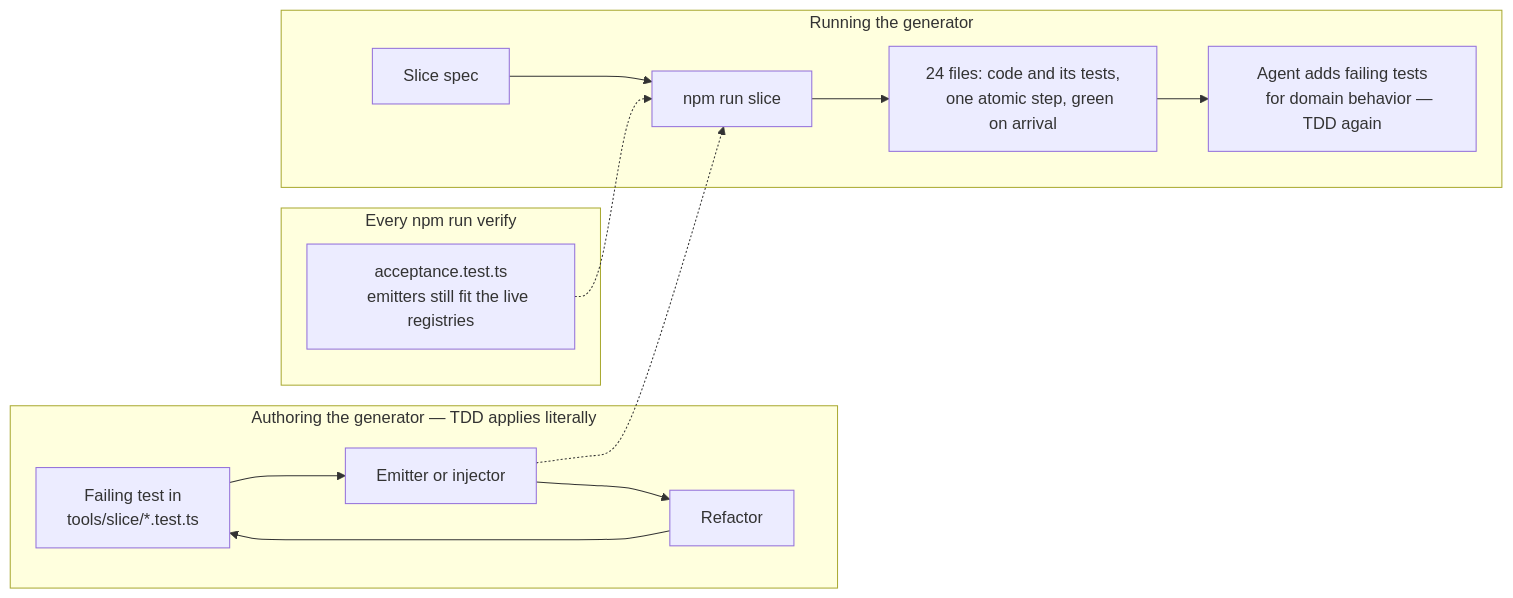
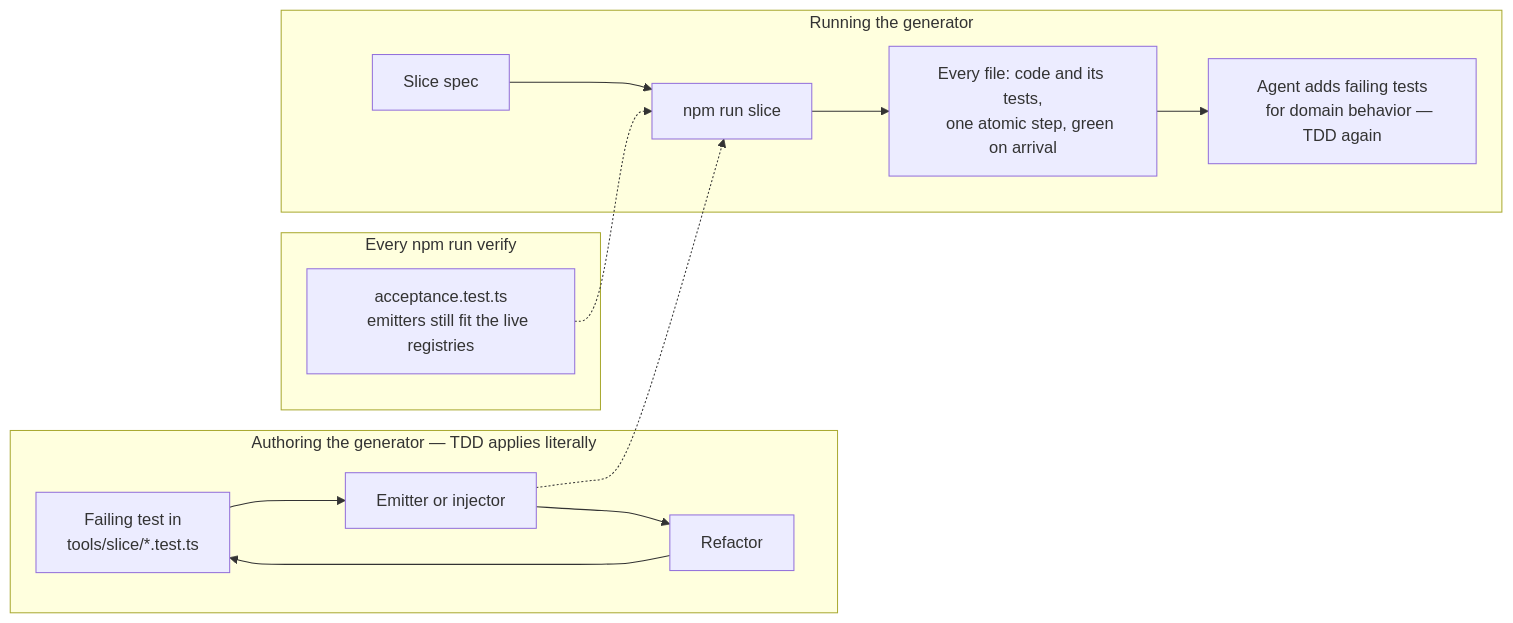
The diagram in .bob/adr/0015-generated-slices-satisfy-tdd-at-the-generator.md (satish-krishna/jig), drawn with Mermaid before and after one commit. The commit also changed other lines of this file and 4 other files, not shown here.

````diff
--- a/.bob/adr/0015-generated-slices-satisfy-tdd-at-the-generator.md
+++ b/.bob/adr/0015-generated-slices-satisfy-tdd-at-the-generator.md
@@ -30,25 +30,25 @@
 ```mermaid
 flowchart LR
   subgraph author["Authoring the generator — TDD applies literally"]
     red["Failing test in
     tools/slice/*.test.ts"] --> green["Emitter or injector"]
     green --> refactor["Refactor"]
     refactor --> red
   end
 
   subgraph gate["Every npm run verify"]
     acc["acceptance.test.ts
     emitters still fit the live registries"]
   end
 
   subgraph run["Running the generator"]
     spec["Slice spec"] --> slice["npm run slice"]
-    slice --> out["24 files: code and its tests,
+    slice --> out["Every file: code and its tests,
     one atomic step, green on arrival"]
     out --> extend["Agent adds failing tests
     for domain behavior — TDD again"]
   end
 
   green -.-> slice
   acc -.-> slice
 ```
````
